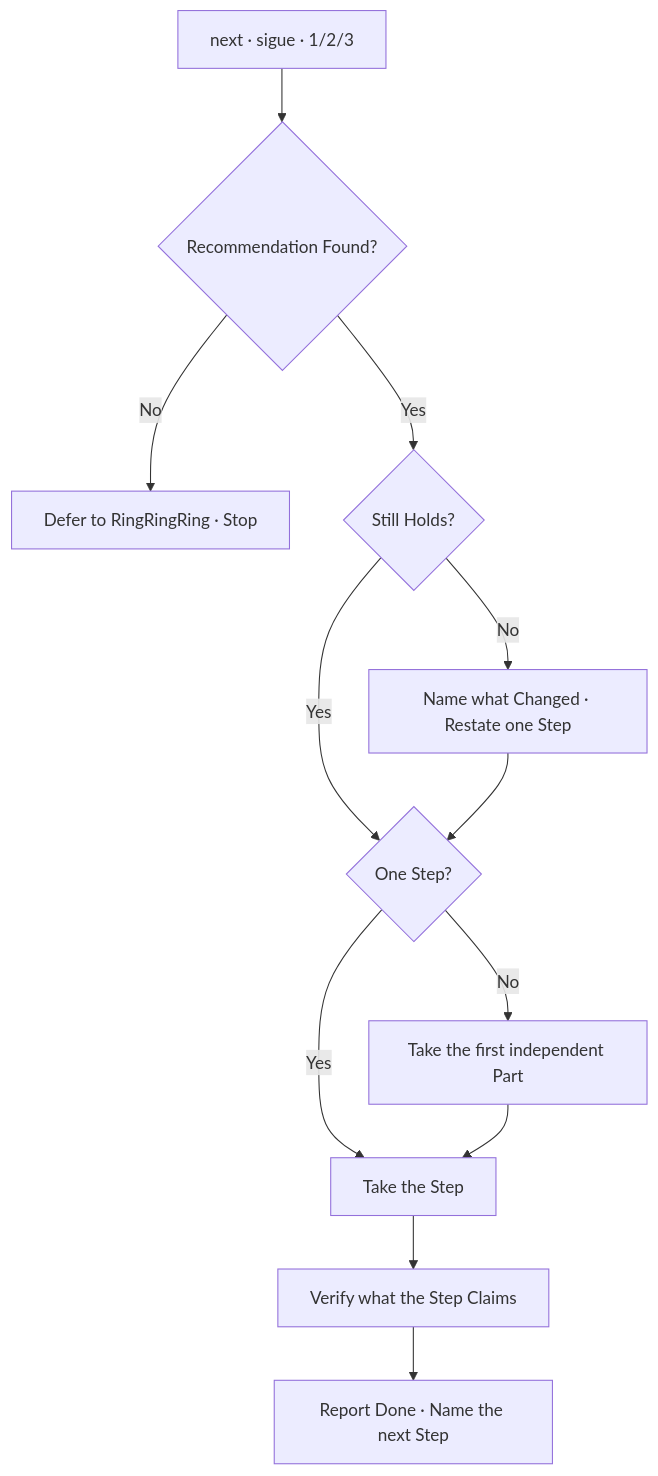
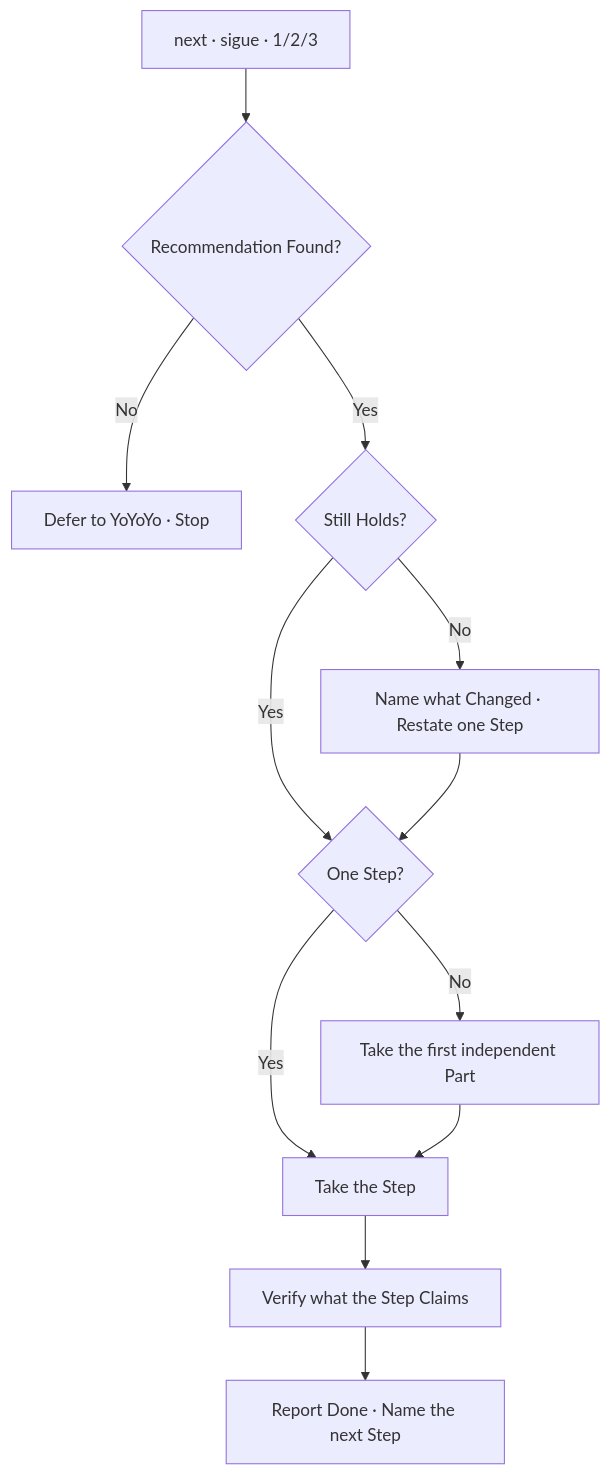
One commit to cangrejometralleta/OneTwoThree changed the diagram in .agents/skills/the-next-episodie/SKILL.md. Above: the diagram before and after it, drawn with Mermaid. The commit also changed other lines of this file and 22 other files, not shown here.

````diff
--- a/.agents/skills/the-next-episodie/SKILL.md
+++ b/.agents/skills/the-next-episodie/SKILL.md
@@ -20,14 +20,14 @@
 ```mermaid
 flowchart TD
     START["next · sigue · 1/2/3"] --> FIND{"Recommendation Found?"}
-    FIND -- No --> OPEN["Defer to RingRingRing · Stop"]
+    FIND -- No --> OPEN["Defer to YoYoYo · Stop"]
     FIND -- Yes --> HOLDS{"Still Holds?"}
     HOLDS -- No --> RENAME["Name what Changed · Restate one Step"]
     HOLDS -- Yes --> SIZE{"One Step?"}
     RENAME --> SIZE
     SIZE -- No --> SPLIT["Take the first independent Part"]
     SIZE -- Yes --> DO["Take the Step"]
     SPLIT --> DO
     DO --> VERIFY["Verify what the Step Claims"]
     VERIFY --> REPORT["Report Done · Name the next Step"]
 ```
````
